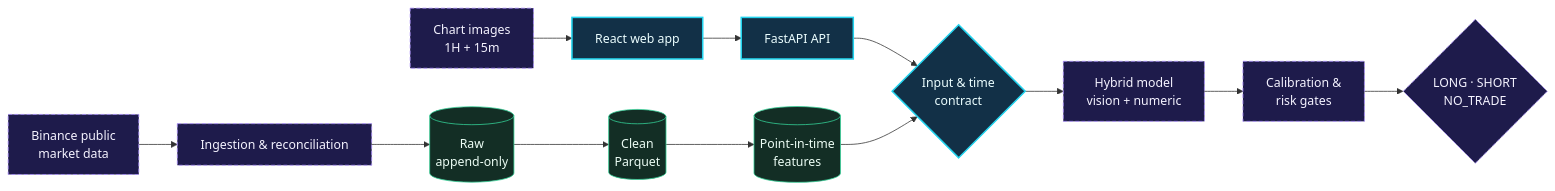
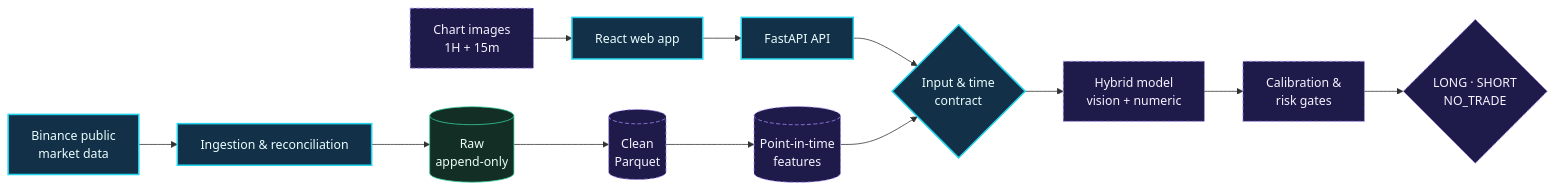
One commit to TrungNguyenIT-SE/NTNBINANCE changed the diagram in README.md. Above: the diagram before and after it, drawn with Mermaid. The commit also changed other lines of this file and 26 other files, not shown here.

````diff
--- a/README.md
+++ b/README.md
@@ -63,23 +63,23 @@
 ```mermaid
 flowchart LR
     U["Chart images<br/>1H + 15m"] --> W["React web app"]
     W --> A["FastAPI API"]
 
     B["Binance public<br/>market data"] --> I["Ingestion & reconciliation"]
     I --> R[("Raw<br/>append-only")]
     R --> C[("Clean<br/>Parquet")]
     C --> F[("Point-in-time<br/>features")]
 
     A --> V{"Input & time<br/>contract"}
     F --> V
     V --> M["Hybrid model<br/>vision + numeric"]
     M --> G["Calibration &<br/>risk gates"]
     G --> O{"LONG · SHORT<br/>NO_TRADE"}
 
     classDef live fill:#123047,stroke:#22d3ee,color:#ecfeff,stroke-width:2px;
     classDef planned fill:#1e1b4b,stroke:#a78bfa,color:#f5f3ff,stroke-dasharray:5 3;
     classDef store fill:#132e25,stroke:#34d399,color:#ecfdf5;
-    class W,A,V live;
-    class U,B,I,M,G,O planned;
-    class R,C,F store;
+    class B,I,W,A,V live;
+    class U,C,F,M,G,O planned;
+    class R store;
 ```
````
